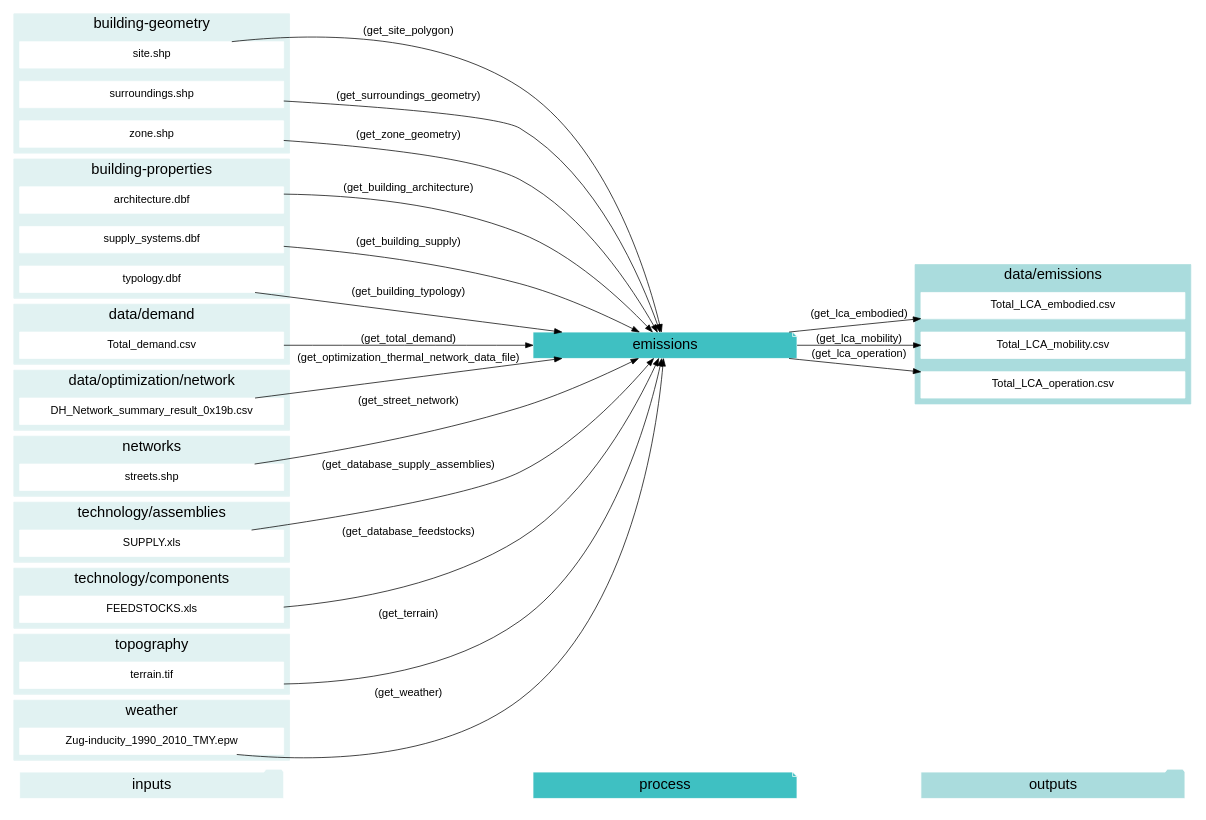
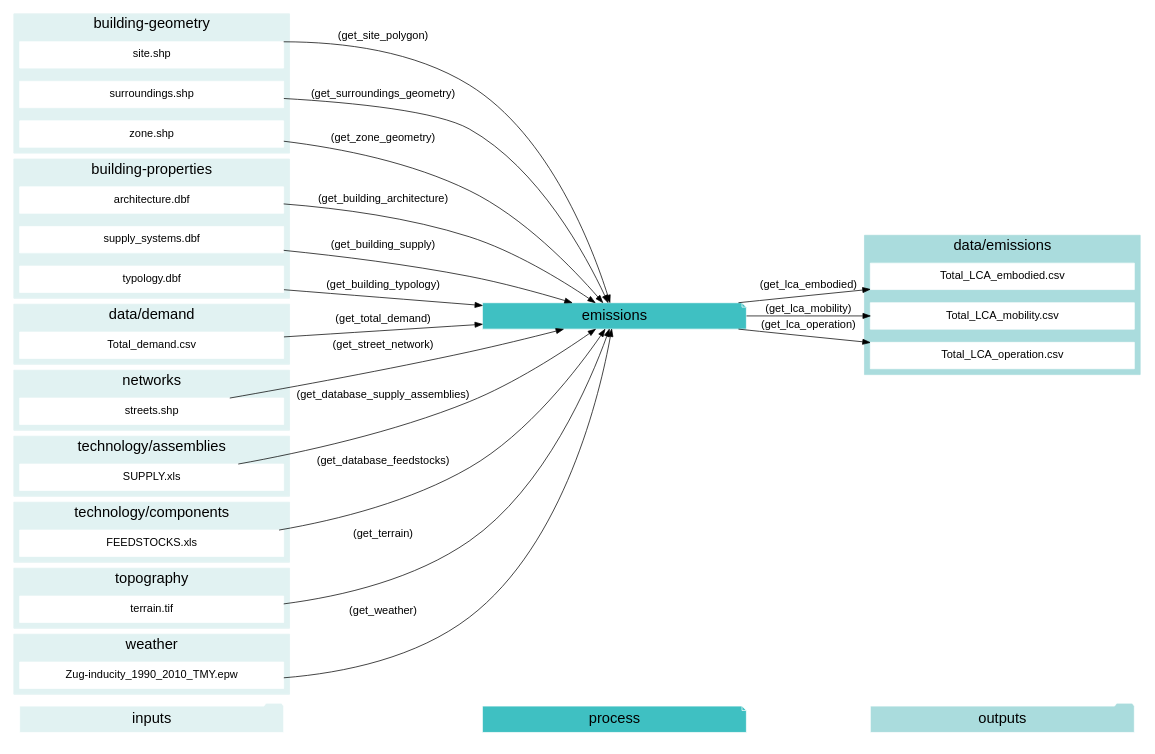
The diagram in docs/graphviz/emissions.gv (architecture-building-systems/CityEnergyAnalyst), drawn with Graphviz before and after one commit. The commit also changed 25 other files, not shown here.

Commit message:
working on the graphviz output

```diff
--- a/docs/graphviz/emissions.gv
+++ b/docs/graphviz/emissions.gv
@@ -1,119 +1,110 @@
 digraph trace_inputlocator {
     rankdir="LR";
     graph [overlap=false, fontname=arial];
     node [shape=box, style=filled, color=white, fontsize=15, fontname=arial, fixedsize=true, width=5];
     edge [fontname=arial, fontsize = 15]
     newrank=true
     subgraph cluster_legend {
     fontsize=25
     style=invis
     "process"[style=filled, fillcolor="#3FC0C2", shape=note, fontsize=20, fontname="arial"]
     "inputs" [style=filled, shape=folder, color=white, fillcolor="#E1F2F2", fontsize=20]
     "outputs"[style=filled, shape=folder, color=white, fillcolor="#aadcdd", fontsize=20]
     "inputs"->"process"[style=invis]
     "process"->"outputs"[style=invis]
     }
     "emissions"[style=filled, color=white, fillcolor="#3FC0C2", shape=note, fontsize=20, fontname=arial];
     subgraph cluster_0_in {
         style = filled;
         color = "#E1F2F2";
         fontsize = 20;
         rank=same;
         label="building-geometry";
         "site.shp"
         "surroundings.shp"
         "zone.shp"
     }
     subgraph cluster_1_in {
         style = filled;
         color = "#E1F2F2";
         fontsize = 20;
         rank=same;
         label="building-properties";
         "architecture.dbf"
         "supply_systems.dbf"
         "typology.dbf"
     }
     subgraph cluster_2_in {
         style = filled;
         color = "#E1F2F2";
         fontsize = 20;
         rank=same;
         label="data/demand";
         "Total_demand.csv"
     }
     subgraph cluster_3_out {
         style = filled;
         color = "#aadcdd";
         fontsize = 20;
         rank=same;
         label="data/emissions";
         "Total_LCA_embodied.csv"
         "Total_LCA_mobility.csv"
         "Total_LCA_operation.csv"
     }
     subgraph cluster_4_in {
         style = filled;
         color = "#E1F2F2";
         fontsize = 20;
         rank=same;
-        label="data/optimization/network";
-        "DH_Network_summary_result_0x19b.csv"
-    }
-    subgraph cluster_5_in {
-        style = filled;
-        color = "#E1F2F2";
-        fontsize = 20;
-        rank=same;
         label="networks";
         "streets.shp"
     }
-    subgraph cluster_6_in {
+    subgraph cluster_5_in {
         style = filled;
         color = "#E1F2F2";
         fontsize = 20;
         rank=same;
         label="technology/assemblies";
         "SUPPLY.xls"
     }
-    subgraph cluster_7_in {
+    subgraph cluster_6_in {
         style = filled;
         color = "#E1F2F2";
         fontsize = 20;
         rank=same;
         label="technology/components";
         "FEEDSTOCKS.xls"
     }
-    subgraph cluster_8_in {
+    subgraph cluster_7_in {
         style = filled;
         color = "#E1F2F2";
         fontsize = 20;
         rank=same;
         label="topography";
         "terrain.tif"
     }
-    subgraph cluster_9_in {
+    subgraph cluster_8_in {
         style = filled;
         color = "#E1F2F2";
         fontsize = 20;
         rank=same;
         label="weather";
         "Zug-inducity_1990_2010_TMY.epw"
     }
     "architecture.dbf" -> "emissions"[label="(get_building_architecture)"]
     "supply_systems.dbf" -> "emissions"[label="(get_building_supply)"]
     "typology.dbf" -> "emissions"[label="(get_building_typology)"]
     "FEEDSTOCKS.xls" -> "emissions"[label="(get_database_feedstocks)"]
     "SUPPLY.xls" -> "emissions"[label="(get_database_supply_assemblies)"]
-    "DH_Network_summary_result_0x19b.csv" -> "emissions"[label="(get_optimization_thermal_network_data_file)"]
     "site.shp" -> "emissions"[label="(get_site_polygon)"]
     "streets.shp" -> "emissions"[label="(get_street_network)"]
     "surroundings.shp" -> "emissions"[label="(get_surroundings_geometry)"]
     "terrain.tif" -> "emissions"[label="(get_terrain)"]
     "Total_demand.csv" -> "emissions"[label="(get_total_demand)"]
     "Zug-inducity_1990_2010_TMY.epw" -> "emissions"[label="(get_weather)"]
     "zone.shp" -> "emissions"[label="(get_zone_geometry)"]
     "emissions" -> "Total_LCA_embodied.csv"[label="(get_lca_embodied)"]
     "emissions" -> "Total_LCA_mobility.csv"[label="(get_lca_mobility)"]
     "emissions" -> "Total_LCA_operation.csv"[label="(get_lca_operation)"]
     }
```
